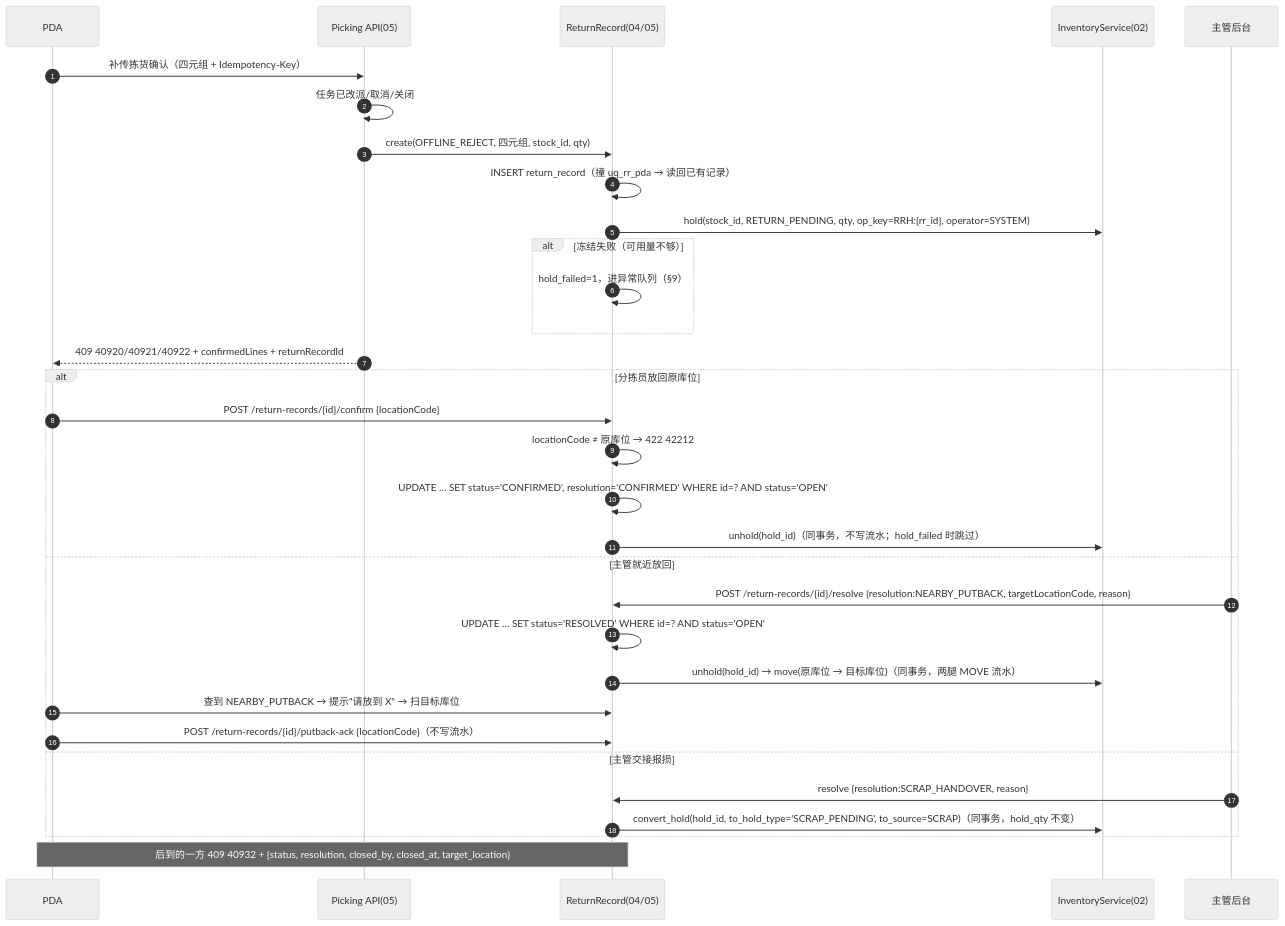
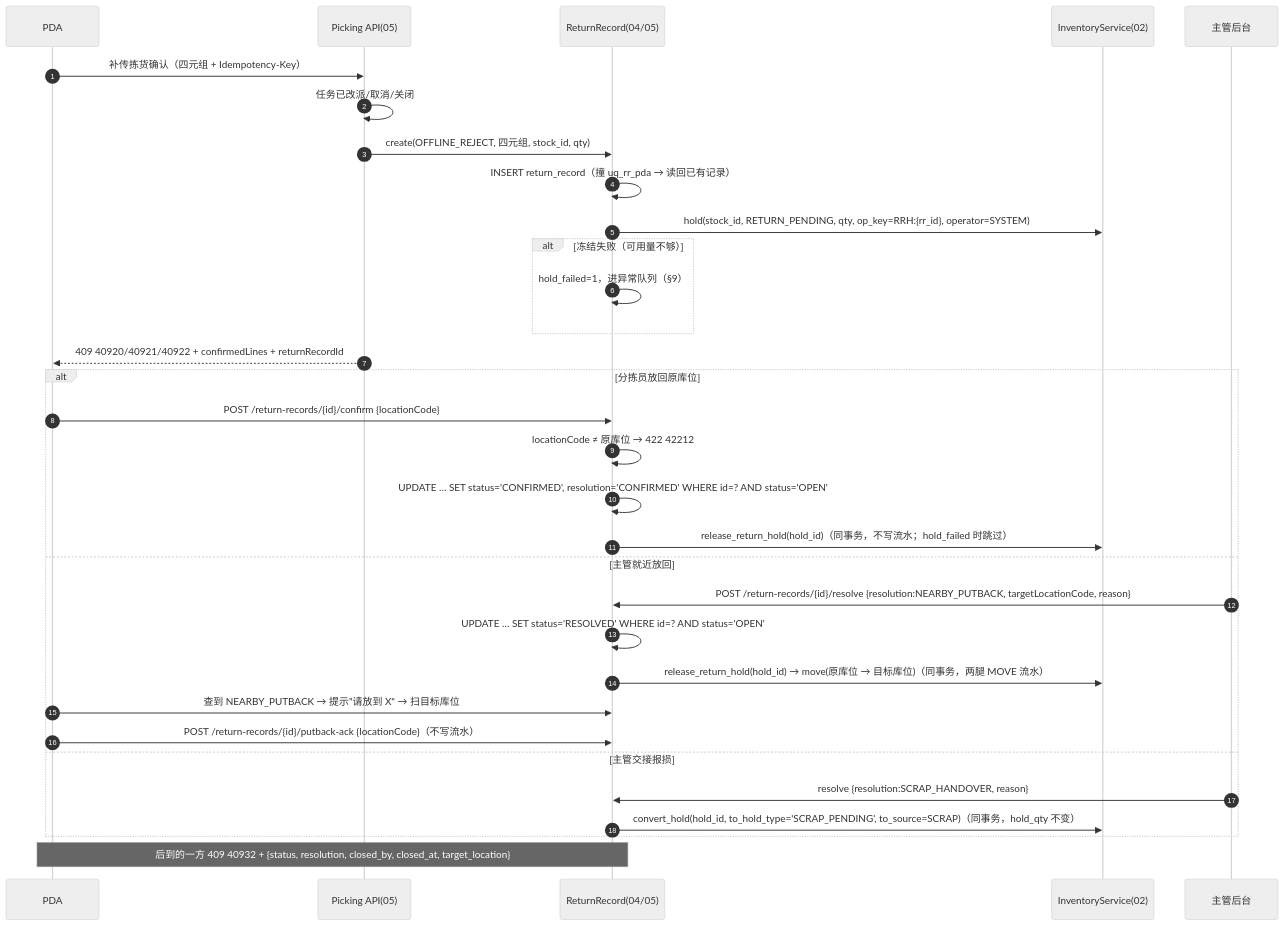
One commit to Akarin7784/fresh-wms changed the fourth of 4 diagrams in docs/04-出库与分配.md. Above: the diagram before and after it, drawn with Mermaid (neutral theme). The commit also changed other lines of this file and 1 other file, not shown here.

Commit message:
docs(00/04): uq_mvk_* names; RR release via release_return_hold

````diff
--- a/docs/04-出库与分配.md
+++ b/docs/04-出库与分配.md
@@ -304,34 +304,34 @@
 ```mermaid
 sequenceDiagram
   autonumber
   participant PDA
   participant PK as Picking API(05)
   participant RR as ReturnRecord(04/05)
   participant INV as InventoryService(02)
   participant SUP as 主管后台
   PDA->>PK: 补传拣货确认（四元组 + Idempotency-Key）
   PK->>PK: 任务已改派/取消/关闭
   PK->>RR: create(OFFLINE_REJECT, 四元组, stock_id, qty)
   RR->>RR: INSERT return_record（撞 uq_rr_pda → 读回已有记录）
   RR->>INV: hold(stock_id, RETURN_PENDING, qty, op_key=RRH:{rr_id}, operator=SYSTEM)
   alt 冻结失败（可用量不够）
     RR->>RR: hold_failed=1，进异常队列（§9）
   end
   PK-->>PDA: 409 40920/40921/40922 + confirmedLines + returnRecordId
   alt 分拣员放回原库位
     PDA->>RR: POST /return-records/{id}/confirm {locationCode}
     RR->>RR: locationCode ≠ 原库位 → 422 42212
     RR->>RR: UPDATE … SET status='CONFIRMED', resolution='CONFIRMED' WHERE id=? AND status='OPEN'
-    RR->>INV: unhold(hold_id)（同事务，不写流水；hold_failed 时跳过）
+    RR->>INV: release_return_hold(hold_id)（同事务，不写流水；hold_failed 时跳过）
   else 主管就近放回
     SUP->>RR: POST /return-records/{id}/resolve {resolution:NEARBY_PUTBACK, targetLocationCode, reason}
     RR->>RR: UPDATE … SET status='RESOLVED' WHERE id=? AND status='OPEN'
-    RR->>INV: unhold(hold_id) → move(原库位 → 目标库位)（同事务，两腿 MOVE 流水）
+    RR->>INV: release_return_hold(hold_id) → move(原库位 → 目标库位)（同事务，两腿 MOVE 流水）
     PDA->>RR: 查到 NEARBY_PUTBACK → 提示"请放到 X" → 扫目标库位
     PDA->>RR: POST /return-records/{id}/putback-ack {locationCode}（不写流水）
   else 主管交接报损
     SUP->>RR: resolve {resolution:SCRAP_HANDOVER, reason}
     RR->>INV: convert_hold(hold_id, to_hold_type='SCRAP_PENDING', to_source=SCRAP)（同事务，hold_qty 不变）
   end
   Note over PDA,RR: 后到的一方 409 40932 + {status, resolution, closed_by, closed_at, target_location}
 ```
````
